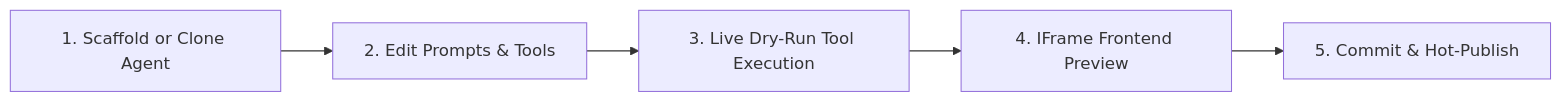
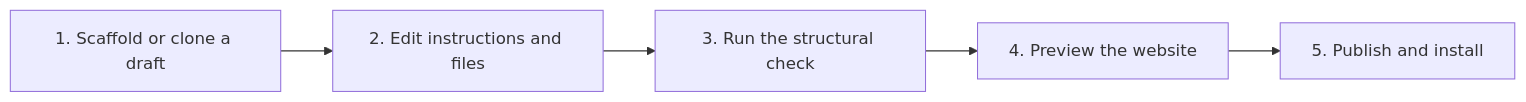
Before and after one commit to autoyou-ai/AutoYou-Server: the diagram in docs/agent-framework/agent-workbench.mdx, drawn with Mermaid. The commit also changed other lines of this file and 64 other files, not shown here.

````diff
--- a/docs/agent-framework/agent-workbench.mdx
+++ b/docs/agent-framework/agent-workbench.mdx
@@ -14,7 +14,7 @@
 ```mermaid
 graph LR
-    Create[1. Scaffold or Clone Agent] --> Edit[2. Edit Prompts & Tools]
-    Edit --> Test[3. Live Dry-Run Tool Execution]
-    Test --> Preview[4. IFrame Frontend Preview]
-    Preview --> Publish[5. Commit & Hot-Publish]
+    Create["1. Scaffold or clone a draft"] --> Edit["2. Edit instructions and files"]
+    Edit --> Test["3. Run the structural check"]
+    Test --> Preview["4. Preview the website"]
+    Preview --> Publish["5. Publish and install"]
 ```
````
